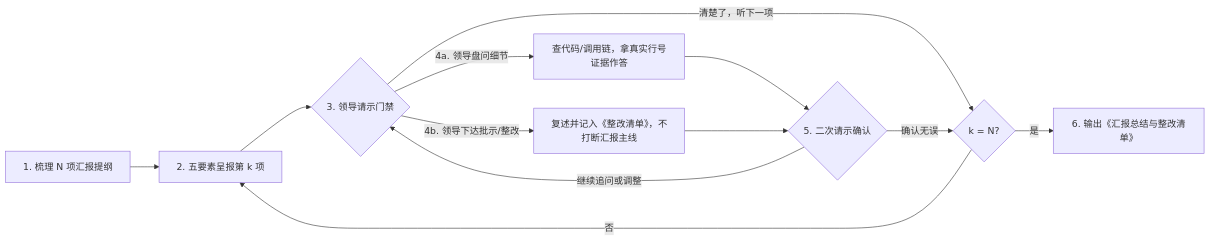
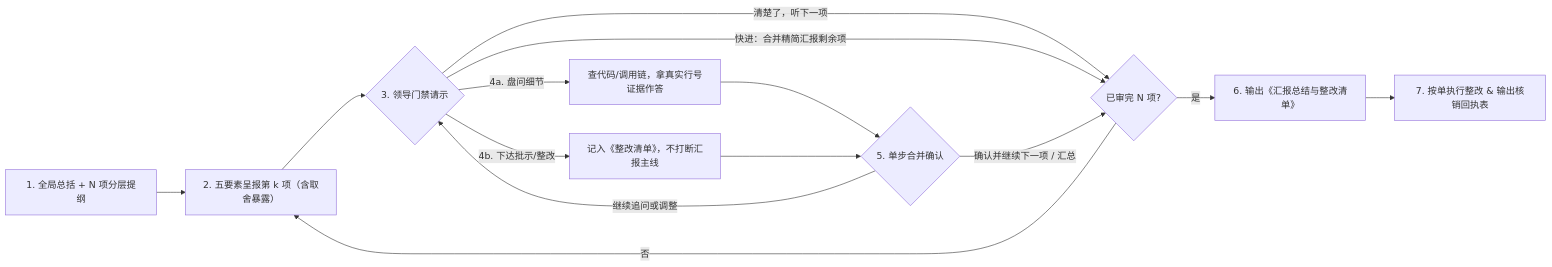
Before and after one commit to lastxuanain/ainward-skills: the diagram in skills/work-report/README.zh-CN.md, drawn with Mermaid. The commit also changed other lines of this file and 4 other files, not shown here.

````diff
--- a/skills/work-report/README.zh-CN.md
+++ b/skills/work-report/README.zh-CN.md
@@ -22,14 +28,16 @@
 ```mermaid
 flowchart LR
-    A["1. 梳理 N 项汇报提纲"] --> B["2. 五要素呈报第 k 项"]
-    B --> C{"3. 领导请示门禁"}
-    C -- "清楚了，听下一项" --> D{"k = N?"}
+    A["1. 全局总括 + N 项分层提纲"] --> B["2. 五要素呈报第 k 项（含取舍暴露）"]
+    B --> C{"3. 领导门禁请示"}
+    C -- "清楚了，听下一项" --> D{"已审完 N 项?"}
+    C -- "快进：合并精简汇报剩余项" --> D
     D -- "否" --> B
     D -- "是" --> E["6. 输出《汇报总结与整改清单》"]
-    C -- "4a. 领导盘问细节" --> F["查代码/调用链，拿真实行号证据作答"]
-    C -- "4b. 领导下达批示/整改" --> G["复述并记入《整改清单》，不打断汇报主线"]
-    F --> H{"5. 二次请示确认"}
+    C -- "4a. 盘问细节" --> F["查代码/调用链，拿真实行号证据作答"]
+    C -- "4b. 下达批示/整改" --> G["记入《整改清单》，不打断汇报主线"]
+    F --> H{"5. 单步合并确认"}
     G --> H
-    H -- "确认无误" --> D
+    H -- "确认并继续下一项 / 汇总" --> D
     H -- "继续追问或调整" --> C
+    E --> I["7. 按单执行整改 & 输出核销回执表"]
 ```
````
